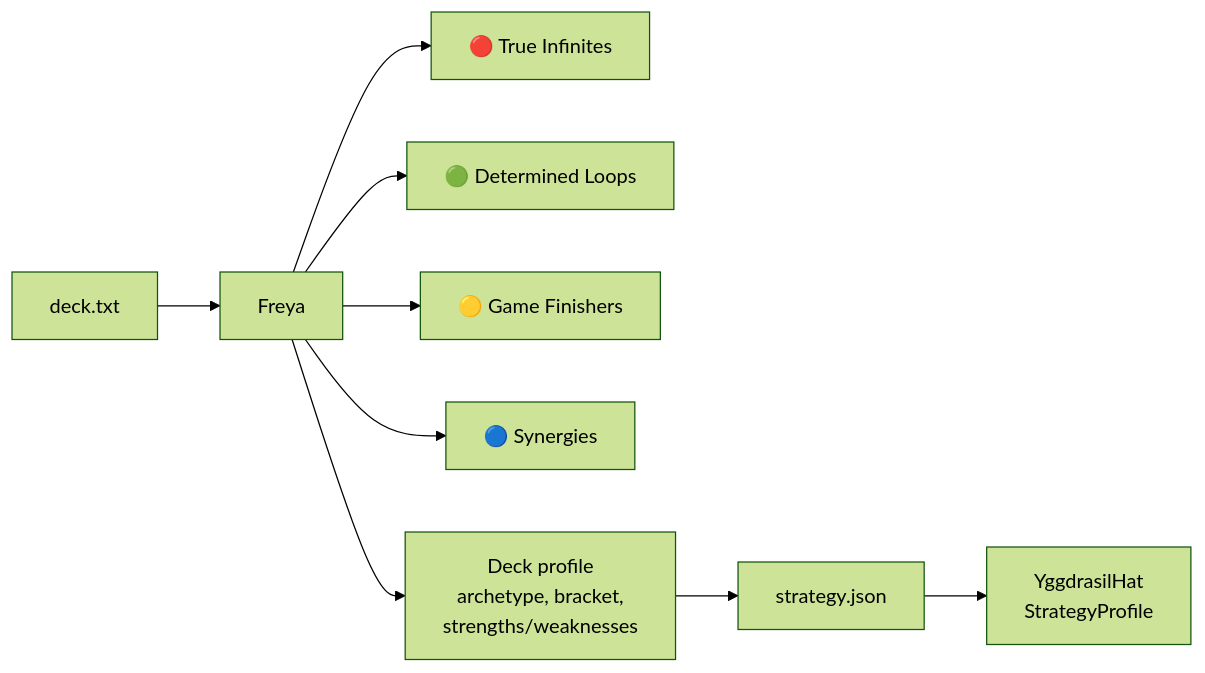
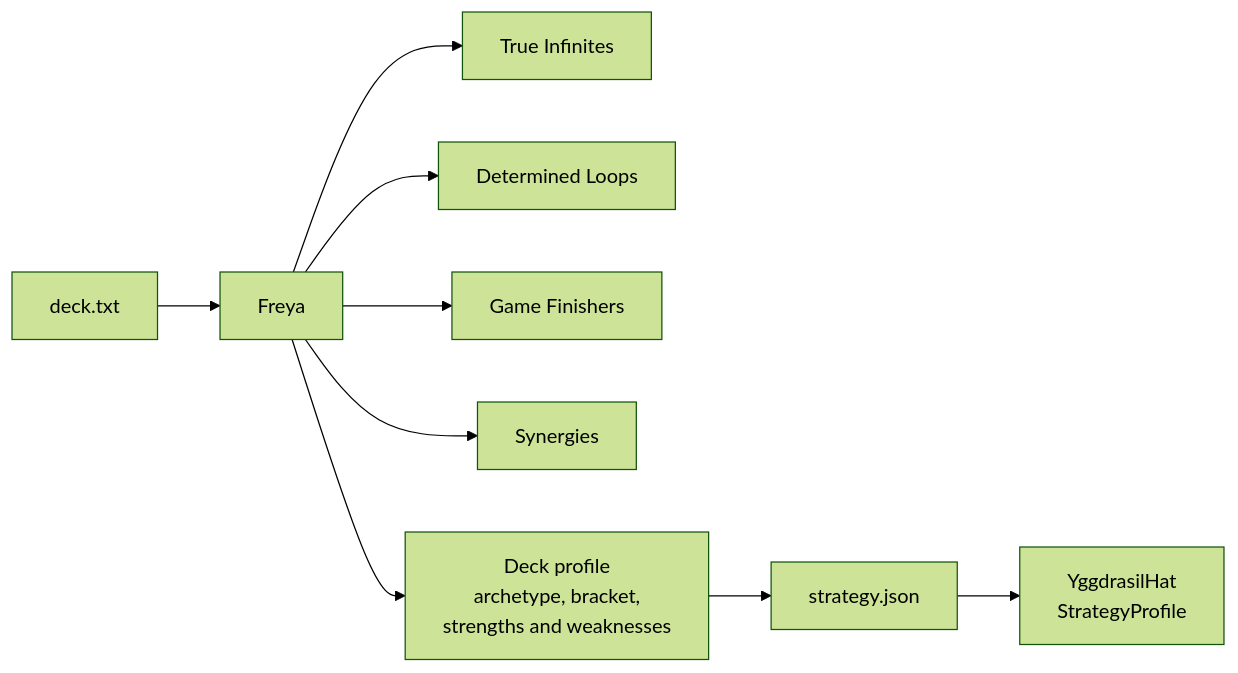
Before and after one commit to HexDek/HexDek: the diagram in docs/Tool - Freya.md, drawn with Mermaid (forest theme). The commit also changed other lines of this file and 18 other files, not shown here.

````diff
--- a/docs/Tool - Freya.md
+++ b/docs/Tool - Freya.md
@@ -10,11 +11,11 @@
 ```mermaid
 flowchart LR
     Deck[deck.txt] --> Freya
-    Freya --> Cat1[🔴 True Infinites]
-    Freya --> Cat2[🟢 Determined Loops]
-    Freya --> Cat3[🟡 Game Finishers]
-    Freya --> Cat4[🔵 Synergies]
-    Freya --> Profile[Deck profile<br/>archetype, bracket,<br/>strengths/weaknesses]
+    Freya --> Cat1[True Infinites]
+    Freya --> Cat2[Determined Loops]
+    Freya --> Cat3[Game Finishers]
+    Freya --> Cat4[Synergies]
+    Freya --> Profile[Deck profile<br/>archetype, bracket,<br/>strengths and weaknesses]
     Profile --> JSON[strategy.json]
     JSON --> Hat[YggdrasilHat<br/>StrategyProfile]
 ```
````
